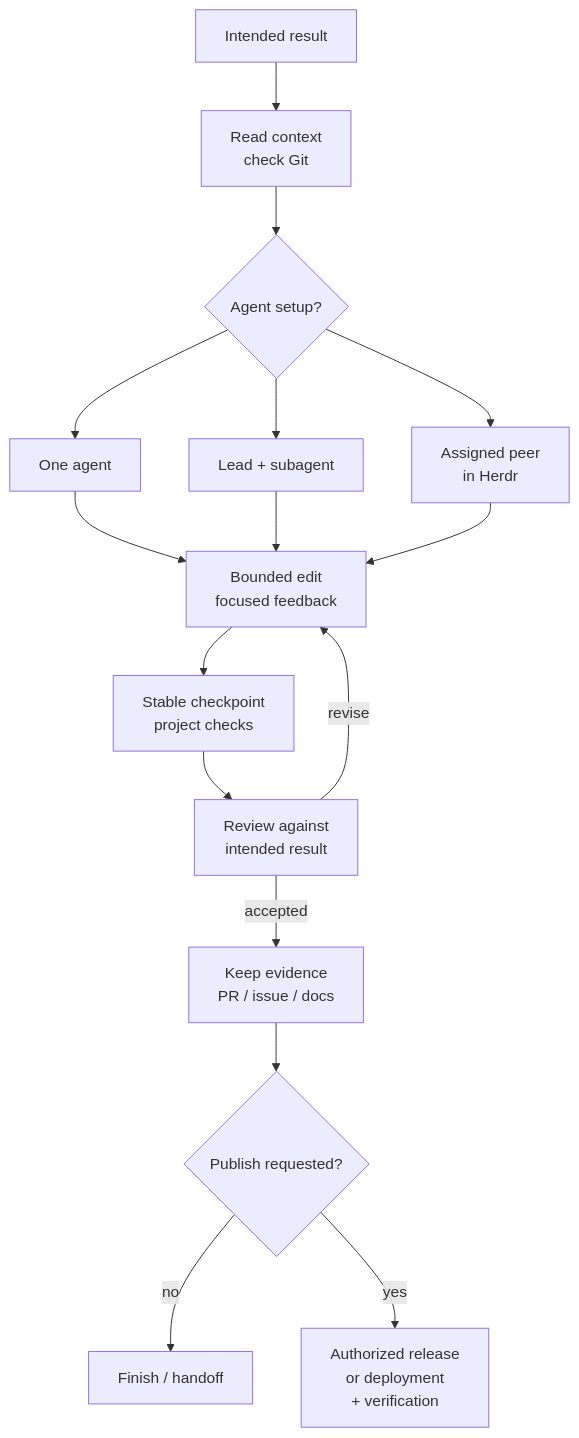
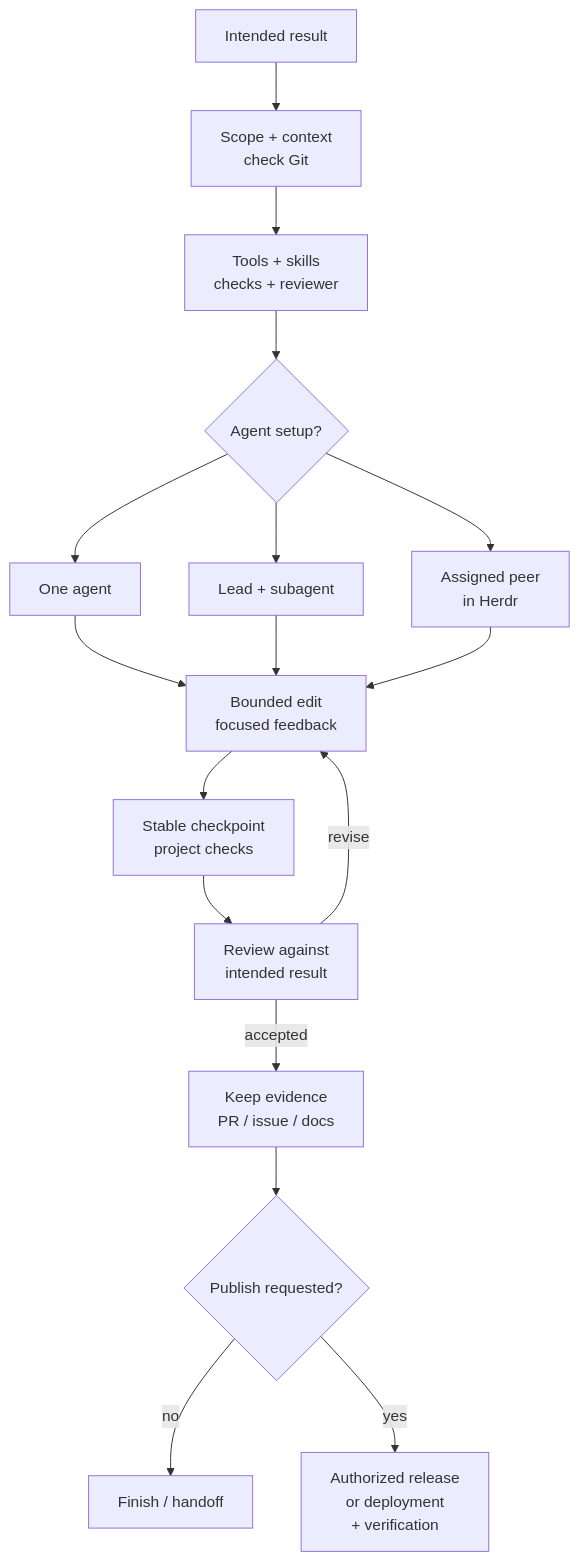
Before and after one commit to azusachino/harus-blog: the second of 2 diagrams in docs/tech/posts/my-workstation-workflow-and-stack.md, drawn with Mermaid. The commit also changed other lines of this file, not shown here.

Commit message:
docs: explain context and selective skill adoption

````diff
--- a/docs/tech/posts/my-workstation-workflow-and-stack.md
+++ b/docs/tech/posts/my-workstation-workflow-and-stack.md
@@ -133,20 +173,21 @@
 ```mermaid
 flowchart TD
   accTitle: A task from request to reviewed result
-  accDescr: Read project context, choose an appropriate agent arrangement, edit and check, then review against the intended result. Preserve evidence and separately authorize any publication.
-  Q["Intended result"] --> X["Read context<br/>check Git"]
-  X --> D{"Agent setup?"}
+  accDescr: Define the outcome, assemble current project context, choose tools and phase skills, and establish checks and a reviewer before acting. Choose an appropriate agent arrangement, edit and check, then review the result. Preserve evidence and separately authorize publication.
+  Q["Intended result"] --> X["Scope + context<br/>check Git"]
+  X --> T["Tools + skills<br/>checks + reviewer"]
+  T --> D{"Agent setup?"}
   D --> O["One agent"]
   D --> S["Lead + subagent"]
   D --> H["Assigned peer<br/>in Herdr"]
   O --> E["Bounded edit<br/>focused feedback"]
   S --> E
   H --> E
   E --> G["Stable checkpoint<br/>project checks"]
   G --> R["Review against<br/>intended result"]
   R -->|"revise"| E
   R -->|"accepted"| K["Keep evidence<br/>PR / issue / docs"]
   K --> P{"Publish requested?"}
   P -->|"no"| F["Finish / handoff"]
   P -->|"yes"| B["Authorized release<br/>or deployment<br/>+ verification"]
 ```
````
